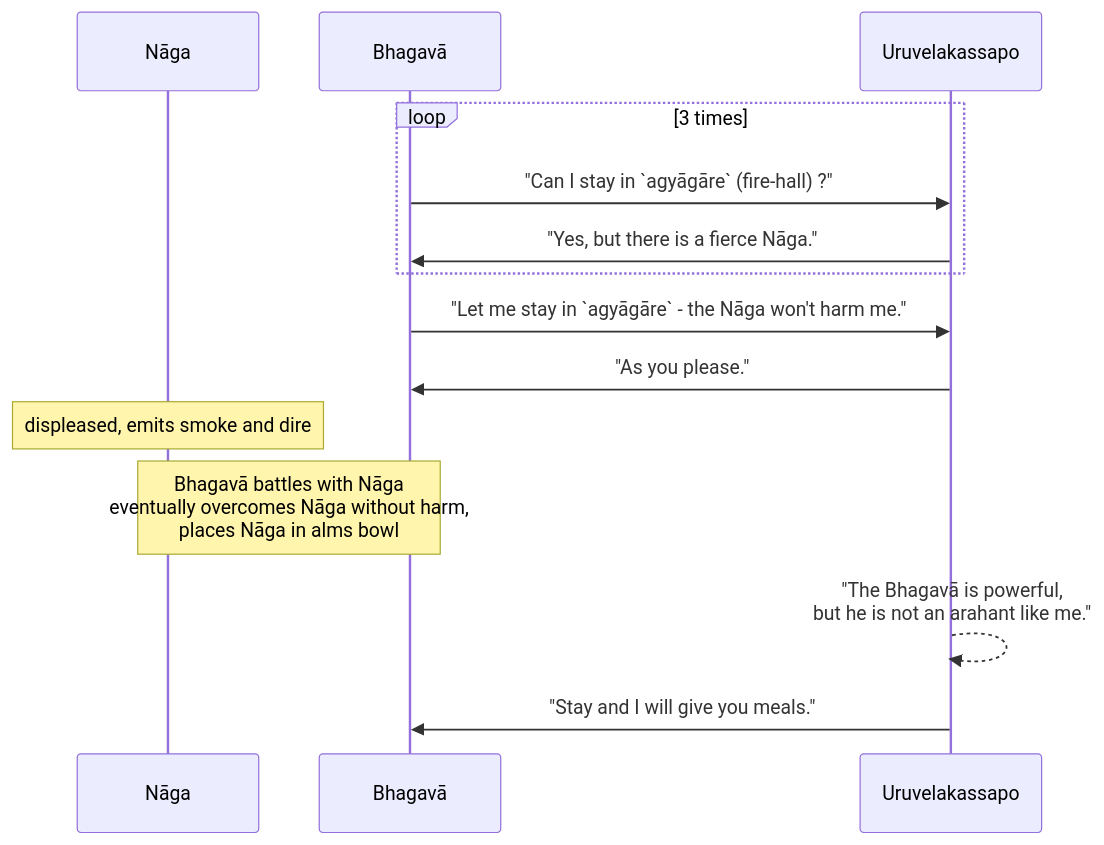
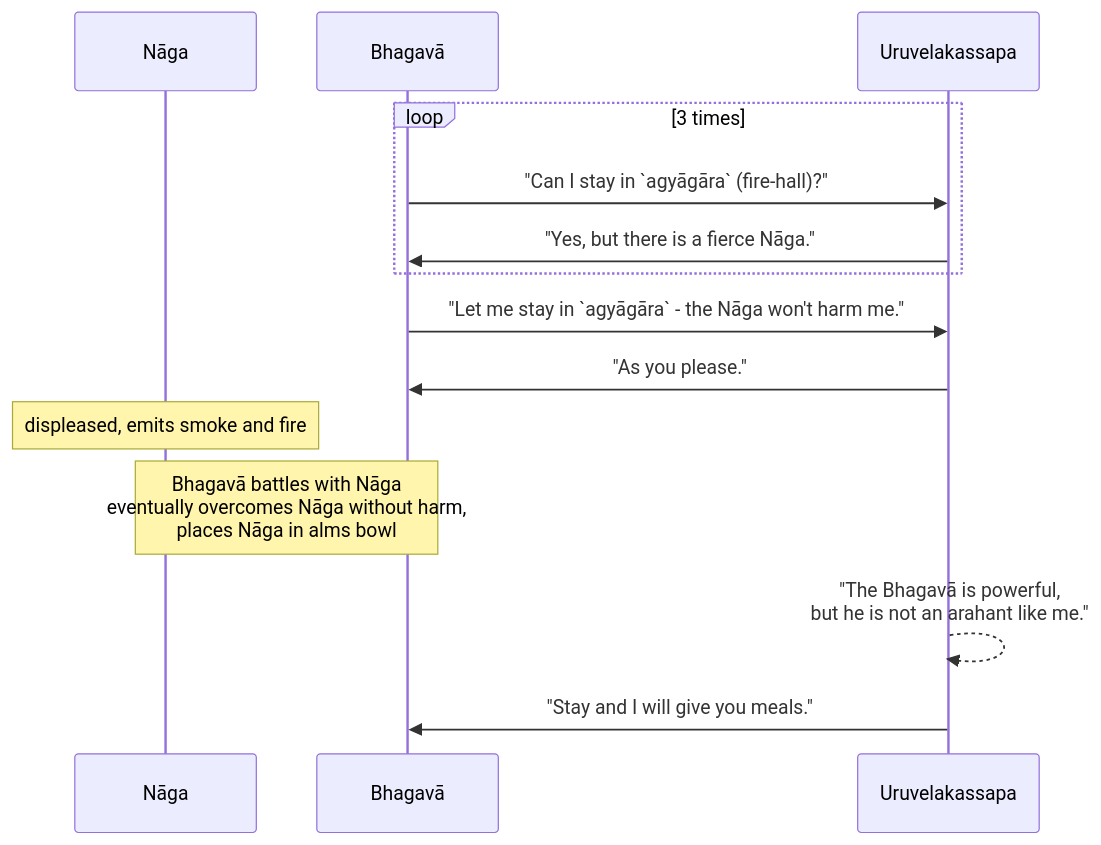
Before and after one commit to tidipa/tidipa.github.io: the second of 16 diagrams in src/content/docs/khandhaka/1-12.mdx, drawn with Mermaid. The commit also changed other lines of this file and 48 other files, not shown here.

````diff
--- a/src/content/docs/khandhaka/1-12.mdx
+++ b/src/content/docs/khandhaka/1-12.mdx
@@ -54,16 +54,16 @@
 ```mermaid
 sequenceDiagram
 	participant N as Nāga
 	participant B as Bhagavā
-	participant A1 as Uruvelakassapo
+	participant A1 as Uruvelakassapa
 	loop 3 times
-		B->>A1: "Can I stay in `agyāgāre` (fire-hall) ?"
+		B->>A1: "Can I stay in `agyāgāra` (fire-hall)?"
 		A1->>B: "Yes, but there is a fierce Nāga."
 	end
-	B->>A1: "Let me stay in `agyāgāre` - the Nāga won't harm me."
+	B->>A1: "Let me stay in `agyāgāra` - the Nāga won't harm me."
 	A1->>B: "As you please."
-	note over N: displeased, emits smoke and dire
+	note over N: displeased, emits smoke and fire
 	note over B, N: Bhagavā battles with Nāga <br> eventually overcomes Nāga without harm, <br> places Nāga in alms bowl
 	A1-->>A1: "The Bhagavā is powerful, <br>but he is not an arahant like me."
 	A1->>B: "Stay and I will give you meals."
 ```
````
